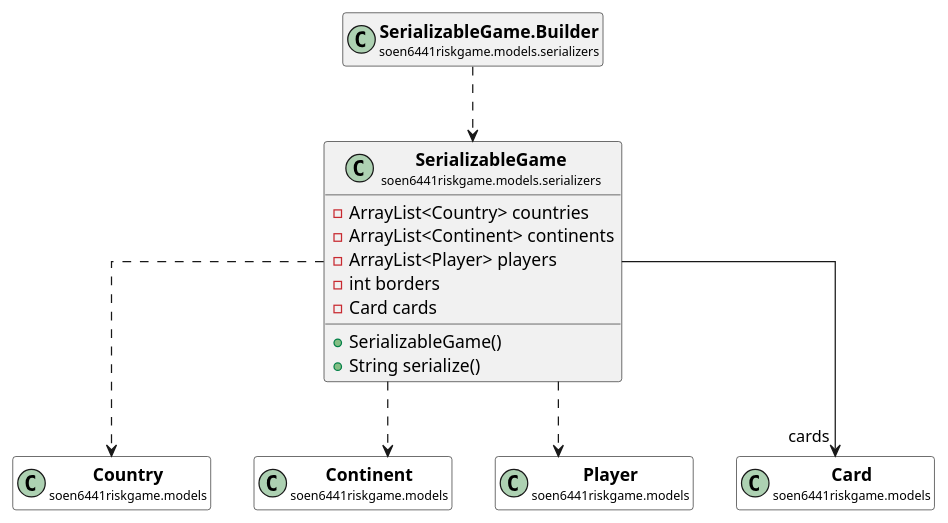
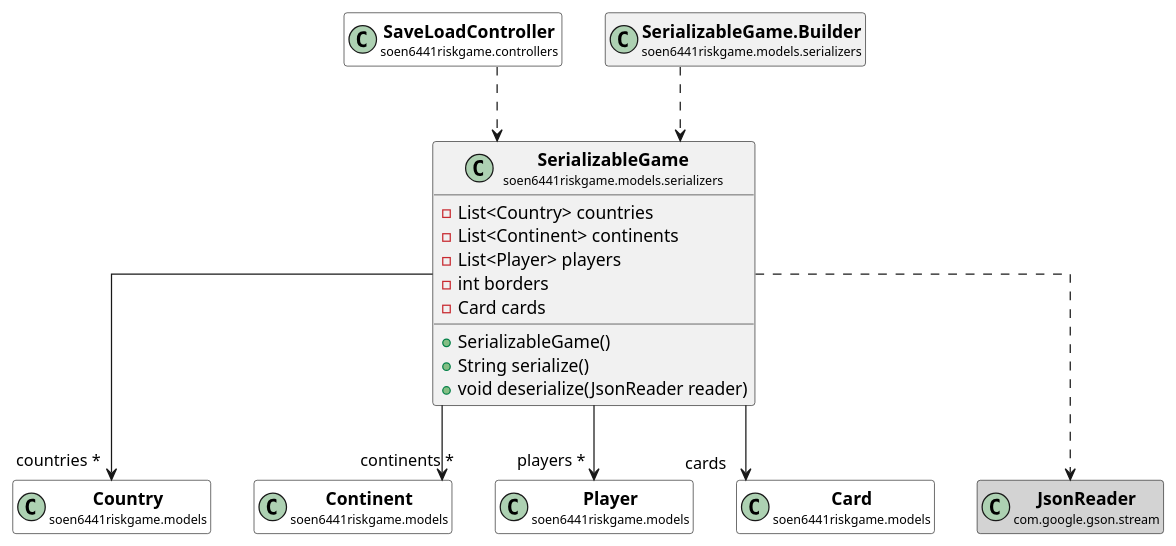
Before and after one commit to huntertran/soen6441-riskgame: the diagram in docs/javadocs/soen6441riskgame/models/serializers/SerializableGame.puml, drawn with PlantUML. The commit also changed 222 other files, not shown here.

```diff
--- a/docs/javadocs/soen6441riskgame/models/serializers/SerializableGame.puml
+++ b/docs/javadocs/soen6441riskgame/models/serializers/SerializableGame.puml
@@ -1,61 +1,78 @@
 @startuml
 
 skinparam svgLinkTarget _parent
 skinparam linetype ortho
 set namespaceSeparator none
 class "<b><size:14>SerializableGame</b>\n<size:10>soen6441riskgame.models.serializers" as soen6441riskgame.models.serializers.SerializableGame  [[../../../soen6441riskgame/models/serializers/SerializableGame.html{soen6441riskgame.models.serializers.SerializableGame}]] {
--ArrayList<Country> countries
--ArrayList<Continent> continents
--ArrayList<Player> players
+-List<Country> countries
+-List<Continent> continents
+-List<Player> players
 -int borders
 -Card cards
 +SerializableGame()
 +String serialize()
++void deserialize(JsonReader reader)
 }
 
+
+class "<b><size:14>SaveLoadController</b>\n<size:10>soen6441riskgame.controllers" as soen6441riskgame.controllers.SaveLoadController  [[../../../soen6441riskgame/controllers/SaveLoadController.html{soen6441riskgame.controllers.SaveLoadController}]] #white {
+}
+
+hide soen6441riskgame.controllers.SaveLoadController fields
+hide soen6441riskgame.controllers.SaveLoadController methods
+
+soen6441riskgame.controllers.SaveLoadController ..> soen6441riskgame.models.serializers.SerializableGame
 
 
 class "<b><size:14>Country</b>\n<size:10>soen6441riskgame.models" as soen6441riskgame.models.Country  [[../../../soen6441riskgame/models/Country.html{soen6441riskgame.models.Country}]] #white {
 }
 
 hide soen6441riskgame.models.Country fields
 hide soen6441riskgame.models.Country methods
 
-soen6441riskgame.models.serializers.SerializableGame ..> soen6441riskgame.models.Country
+soen6441riskgame.models.serializers.SerializableGame -->  "countries *" soen6441riskgame.models.Country
 
 
 class "<b><size:14>Continent</b>\n<size:10>soen6441riskgame.models" as soen6441riskgame.models.Continent  [[../../../soen6441riskgame/models/Continent.html{soen6441riskgame.models.Continent}]] #white {
 }
 
 hide soen6441riskgame.models.Continent fields
 hide soen6441riskgame.models.Continent methods
 
-soen6441riskgame.models.serializers.SerializableGame ..> soen6441riskgame.models.Continent
+soen6441riskgame.models.serializers.SerializableGame -->  "continents *" soen6441riskgame.models.Continent
 
 
 class "<b><size:14>Player</b>\n<size:10>soen6441riskgame.models" as soen6441riskgame.models.Player  [[../../../soen6441riskgame/models/Player.html{soen6441riskgame.models.Player}]] #white {
 }
 
 hide soen6441riskgame.models.Player fields
 hide soen6441riskgame.models.Player methods
 
-soen6441riskgame.models.serializers.SerializableGame ..> soen6441riskgame.models.Player
+soen6441riskgame.models.serializers.SerializableGame -->  "players *" soen6441riskgame.models.Player
 
 class "<b><size:14>Card</b>\n<size:10>soen6441riskgame.models" as soen6441riskgame.models.Card  [[../../../soen6441riskgame/models/Card.html{soen6441riskgame.models.Card}]] #white {
 }
 
 hide soen6441riskgame.models.Card fields
 hide soen6441riskgame.models.Card methods
 
 soen6441riskgame.models.serializers.SerializableGame -->  "cards" soen6441riskgame.models.Card
+
+class "<b><size:14>JsonReader</b>\n<size:10>com.google.gson.stream" as com.google.gson.stream.JsonReader  #lightgrey {
+}
+
+hide com.google.gson.stream.JsonReader fields
+hide com.google.gson.stream.JsonReader methods
+
+soen6441riskgame.models.serializers.SerializableGame ..> com.google.gson.stream.JsonReader
 
 class "<b><size:14>SerializableGame.Builder</b>\n<size:10>soen6441riskgame.models.serializers" as soen6441riskgame.models.serializers.SerializableGame.Builder  [[../../../soen6441riskgame/models/serializers/SerializableGame.Builder.html{soen6441riskgame.models.serializers.SerializableGame.Builder}]] {
 }
 
 hide soen6441riskgame.models.serializers.SerializableGame.Builder fields
 hide soen6441riskgame.models.serializers.SerializableGame.Builder methods
 
 soen6441riskgame.models.serializers.SerializableGame.Builder ..> soen6441riskgame.models.serializers.SerializableGame
 
 
 @enduml
```
